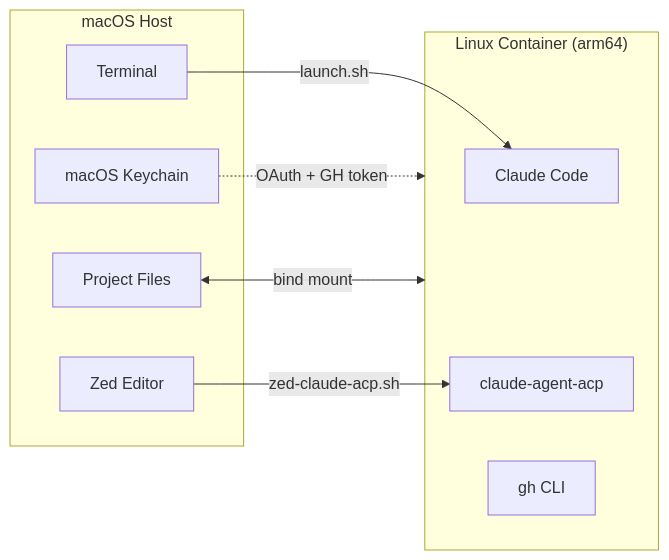
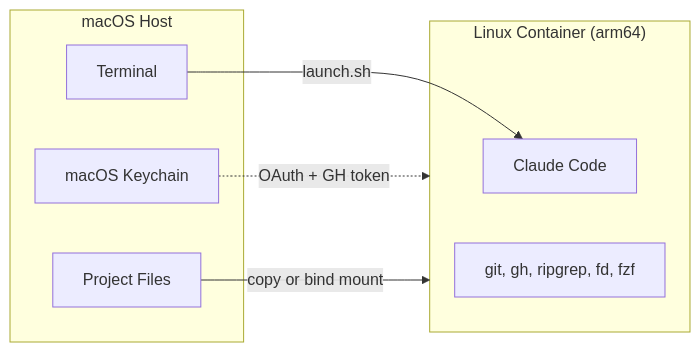
One commit to chew-z/Container changed the first of 2 diagrams in README.md. Above: the diagram before and after it, drawn with Mermaid. The commit also changed other lines of this file and 4 other files, not shown here.

````diff
--- a/README.md
+++ b/README.md
@@ -5,20 +5,17 @@
 ```mermaid
 flowchart LR
     subgraph Host["macOS Host"]
         Terminal["Terminal"]
-        Zed["Zed Editor"]
         Keychain["macOS Keychain"]
         Project["Project Files"]
     end
 
     subgraph Container["Linux Container (arm64)"]
         Claude["Claude Code"]
-        ACP["claude-agent-acp"]
-        GH["gh CLI"]
+        Tools["git, gh, ripgrep, fd, fzf"]
     end
 
     Terminal -->|"launch.sh"| Claude
-    Zed -->|"zed-claude-acp.sh"| ACP
     Keychain -.->|"OAuth + GH token"| Container
-    Project <-->|"bind mount"| Container
+    Project -->|"copy or bind mount"| Container
 ```
````
